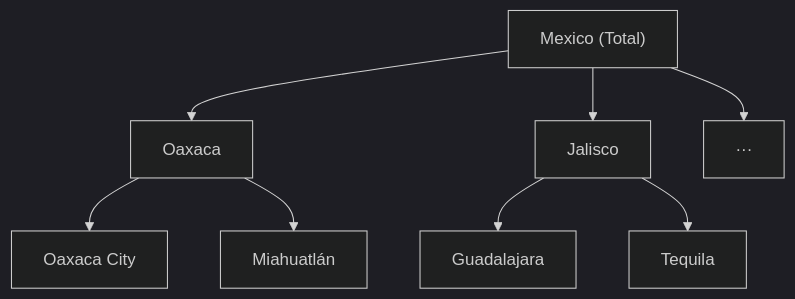
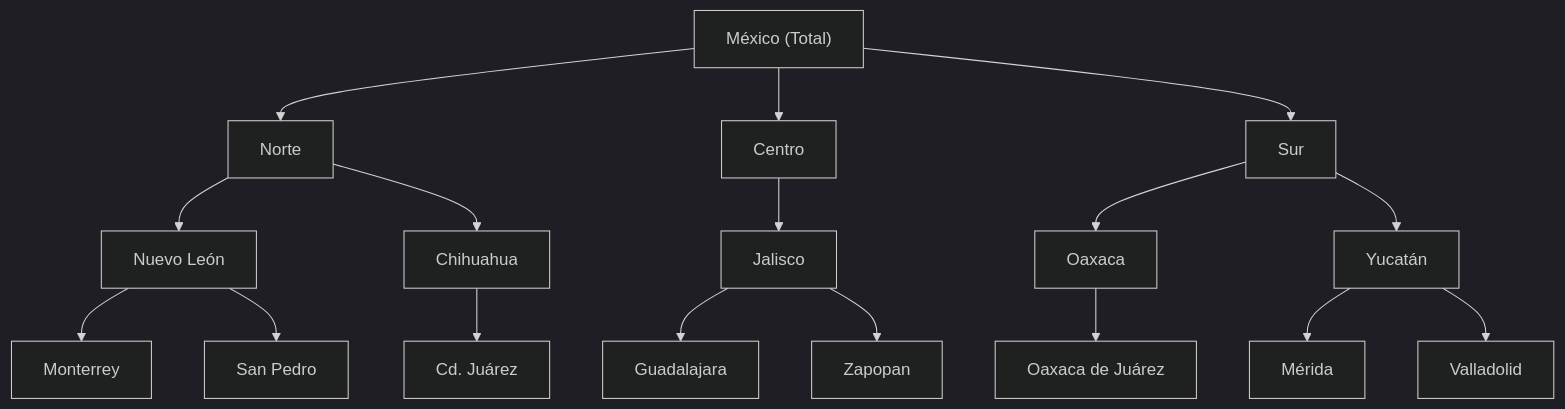
The first of 8 diagrams in docs/modules/module_4/04_hierarchical/hierarchical.qmd (pbenavidesh/narsil), drawn with Mermaid (dark theme) before and after one commit. The commit also changed other lines of this file and 63 other files, not shown here.

Commit message:
Rebuild hierarchical reconciliation section around toy example; add CV, weight-on-total figure, backup matrix slides

````diff
--- a/docs/modules/module_4/04_hierarchical/hierarchical.qmd
+++ b/docs/modules/module_4/04_hierarchical/hierarchical.qmd
@@ -80,19 +145,38 @@
 ```{mermaid}
+%%| echo: false
 graph TD
-    MX["Mexico (Total)"]
+    MX["México (Total)"]
+    N["Norte"]
+    C["Centro"]
+    S["Sur"]
+    NL["Nuevo León"]
+    CHH["Chihuahua"]
+    JAL["Jalisco"]
     OAX["Oaxaca"]
-    JAL["Jalisco"]
-    ETC["···"]
-    OJ["Oaxaca City"]
-    MH["Miahuatlán"]
+    YUC["Yucatán"]
+    MTY["Monterrey"]
+    SP["San Pedro"]
+    JRZ["Cd. Juárez"]
     GDL["Guadalajara"]
-    TQ["Tequila"]
+    ZAP["Zapopan"]
+    OAXC["Oaxaca de Juárez"]
+    MID["Mérida"]
+    VAL["Valladolid"]
 
-    MX --> OAX
-    MX --> JAL
-    MX --> ETC
-    OAX --> OJ
-    OAX --> MH
+    MX --> N
+    MX --> C
+    MX --> S
+    N --> NL
+    N --> CHH
+    C --> JAL
+    S --> OAX
+    S --> YUC
+    NL --> MTY
+    NL --> SP
+    CHH --> JRZ
     JAL --> GDL
-    JAL --> TQ
+    JAL --> ZAP
+    OAX --> OAXC
+    YUC --> MID
+    YUC --> VAL
 ```
````
